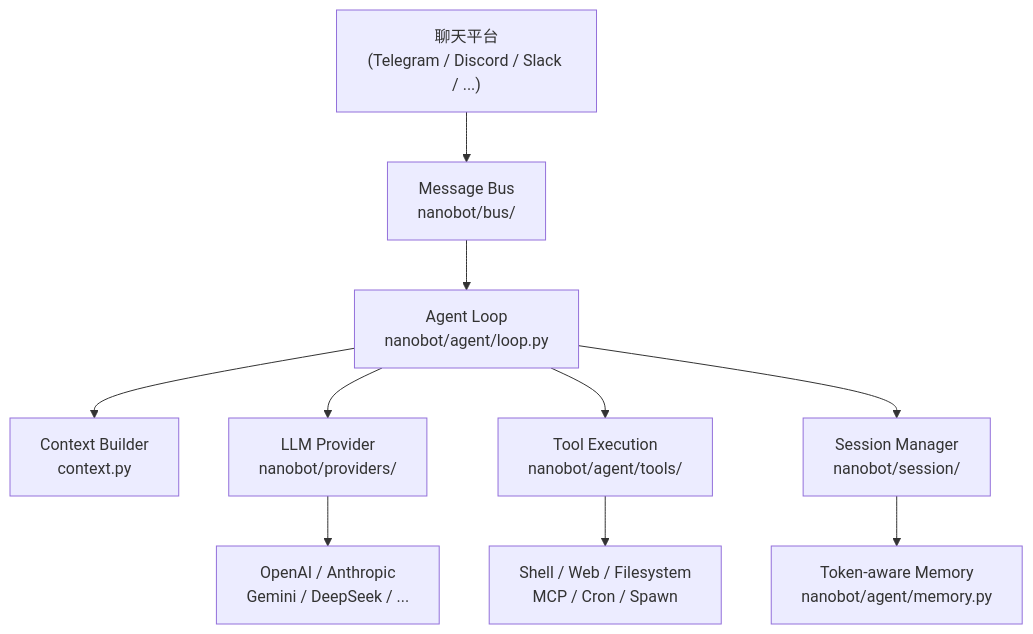
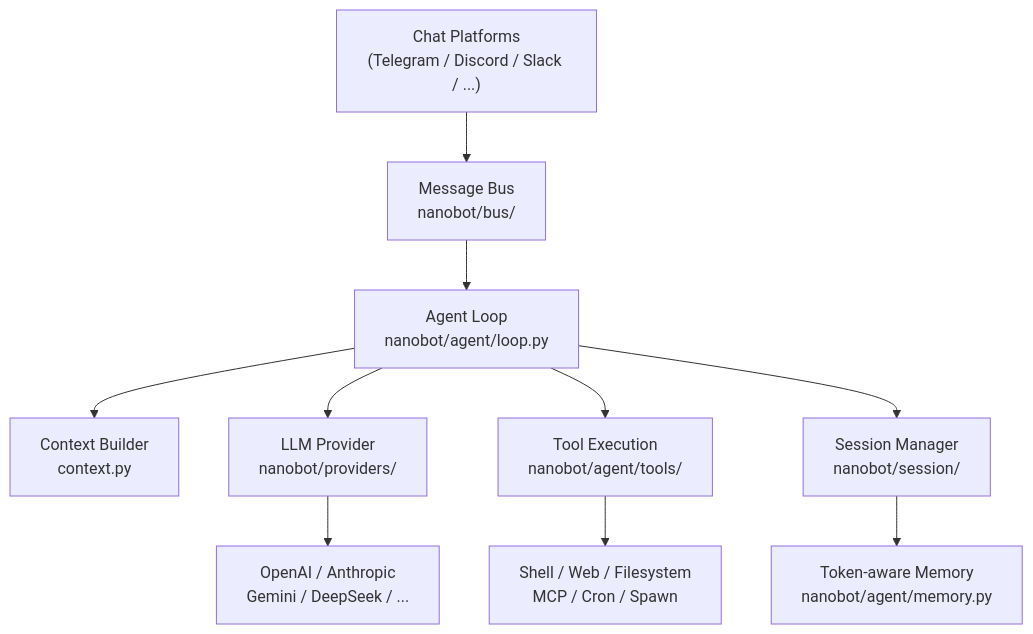
The diagram in docs/index.md (HKUDS/nanobot), drawn with Mermaid before and after one commit. The commit also changed other lines of this file and 160 other files, not shown here.

````diff
--- a/docs/index.md
+++ b/docs/index.md
@@ -273,12 +273,12 @@
 ```mermaid
 graph TD
-    A["聊天平台<br/>(Telegram / Discord / Slack / ...)"] --> B["Message Bus<br/>nanobot/bus/"]
+    A["Chat Platforms<br/>(Telegram / Discord / Slack / ...)"] --> B["Message Bus<br/>nanobot/bus/"]
     B --> C["Agent Loop<br/>nanobot/agent/loop.py"]
     C --> D["Context Builder<br/>context.py"]
     C --> E["LLM Provider<br/>nanobot/providers/"]
     C --> F["Tool Execution<br/>nanobot/agent/tools/"]
     C --> G["Session Manager<br/>nanobot/session/"]
     E --> H["OpenAI / Anthropic<br/>Gemini / DeepSeek / ..."]
     F --> I["Shell / Web / Filesystem<br/>MCP / Cron / Spawn"]
     G --> J["Token-aware Memory<br/>nanobot/agent/memory.py"]
 ```
````
